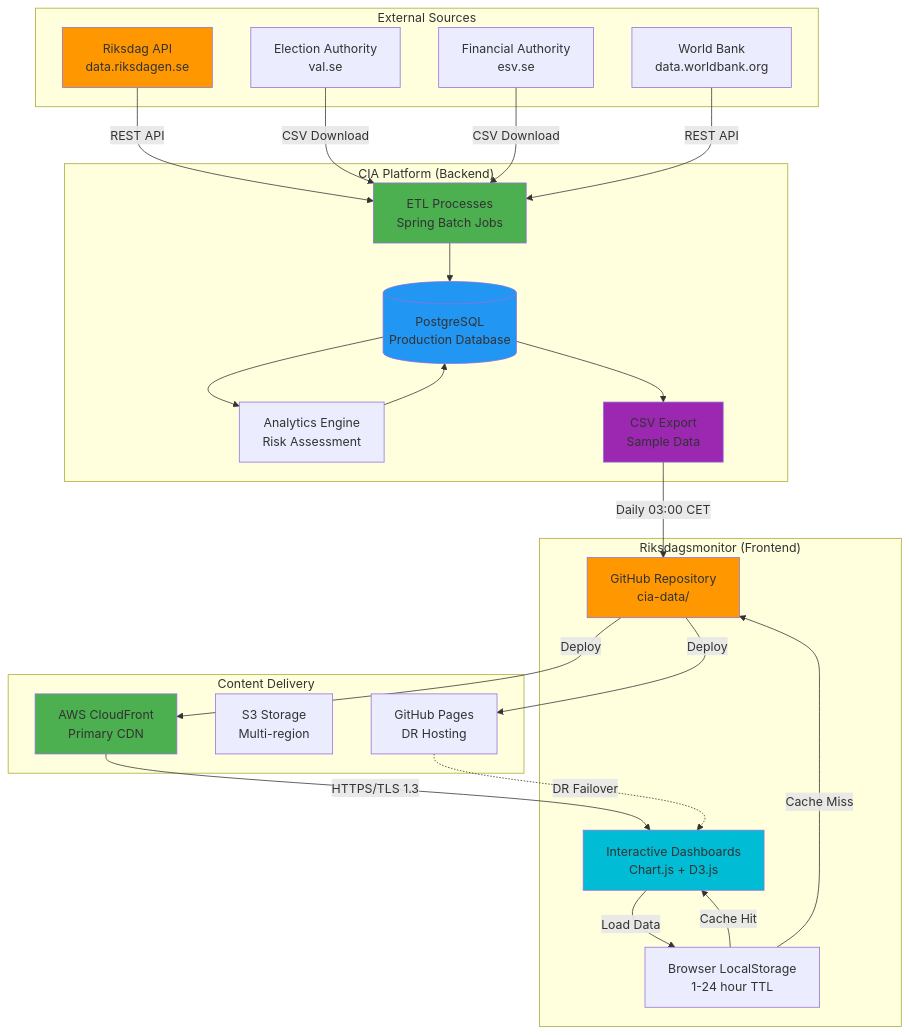
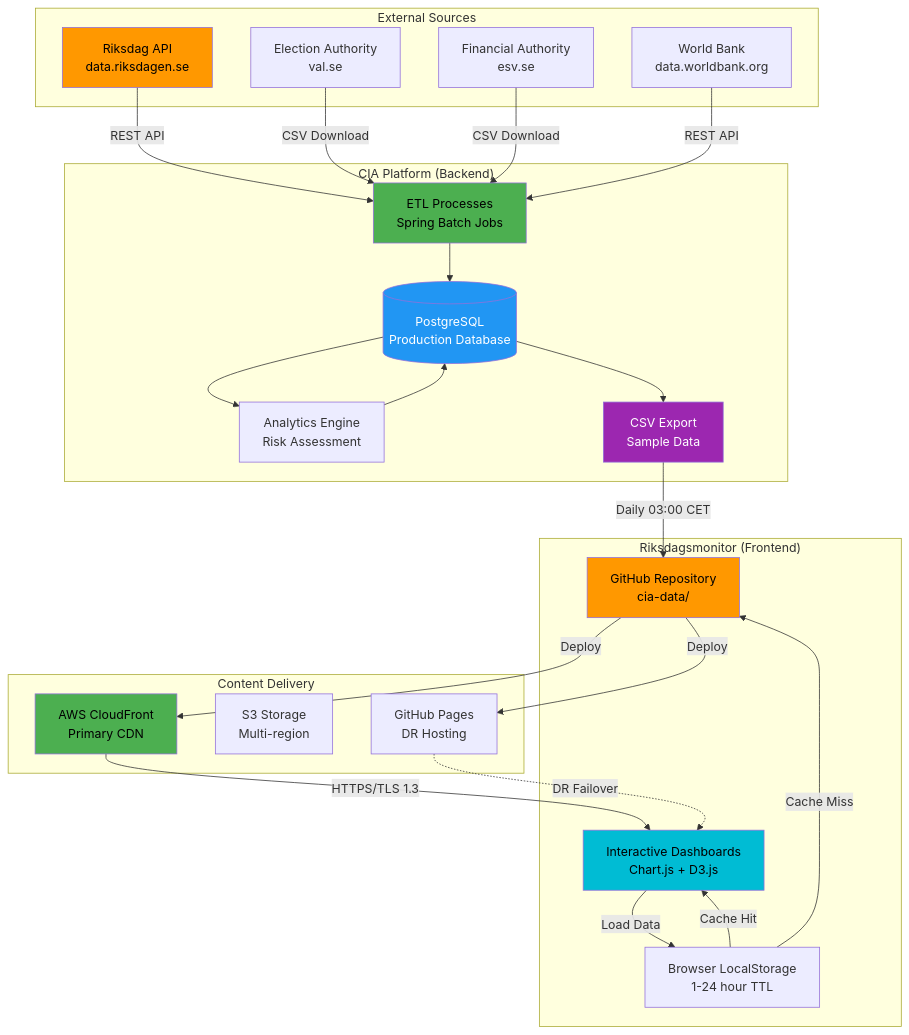
Before and after one commit to Hack23/riksdagsmonitor: the sixth of 9 diagrams in DATA_MODEL.md, drawn with Mermaid. The commit also changed other lines of this file and 11 other files, not shown here.

First line of the commit message:
Fix broken mermaid diagrams: SWOT gantt, quadrantChart theming, init quotes, text colors

````diff
--- a/DATA_MODEL.md
+++ b/DATA_MODEL.md
@@ -1566,57 +1566,57 @@
 ```mermaid
 graph TB
     subgraph "External Sources"
         Riksdag[Riksdag API<br/>data.riksdagen.se]
         Election[Election Authority<br/>val.se]
         Finance[Financial Authority<br/>esv.se]
         WorldBank[World Bank<br/>data.worldbank.org]
     end
     
     subgraph "CIA Platform (Backend)"
         ETL[ETL Processes<br/>Spring Batch Jobs]
         DB[(PostgreSQL<br/>Production Database)]
         Analytics[Analytics Engine<br/>Risk Assessment]
         Export[CSV Export<br/>Sample Data]
     end
     
     subgraph "Riksdagsmonitor (Frontend)"
         GitHub[GitHub Repository<br/>cia-data/]
         LocalCache[Browser LocalStorage<br/>1-24 hour TTL]
         Dashboard[Interactive Dashboards<br/>Chart.js + D3.js]
     end
     
     subgraph "Content Delivery"
         CloudFront[AWS CloudFront<br/>Primary CDN]
         S3[S3 Storage<br/>Multi-region]
         GitHubPages[GitHub Pages<br/>DR Hosting]
     end
     
     Riksdag -->|REST API| ETL
     Election -->|CSV Download| ETL
     Finance -->|CSV Download| ETL
     WorldBank -->|REST API| ETL
     
     ETL --> DB
     DB --> Analytics
     Analytics --> DB
     DB --> Export
     
     Export -->|Daily 03:00 CET| GitHub
     GitHub -->|Deploy| CloudFront
     GitHub -->|Deploy| GitHubPages
     
     CloudFront -->|HTTPS/TLS 1.3| Dashboard
     GitHubPages -.->|DR Failover| Dashboard
     
     Dashboard -->|Load Data| LocalCache
     LocalCache -->|Cache Hit| Dashboard
     LocalCache -->|Cache Miss| GitHub
     
-    style Riksdag fill:#ff9800
-    style ETL fill:#4caf50
-    style DB fill:#2196f3
-    style Export fill:#9c27b0
-    style GitHub fill:#ff9800
-    style CloudFront fill:#4caf50
-    style Dashboard fill:#00bcd4
+    style Riksdag fill:#ff9800,color:#000000
+    style ETL fill:#4caf50,color:#000000
+    style DB fill:#2196f3,color:#ffffff
+    style Export fill:#9c27b0,color:#ffffff
+    style GitHub fill:#ff9800,color:#000000
+    style CloudFront fill:#4caf50,color:#000000
+    style Dashboard fill:#00bcd4,color:#000000
 ```
````
